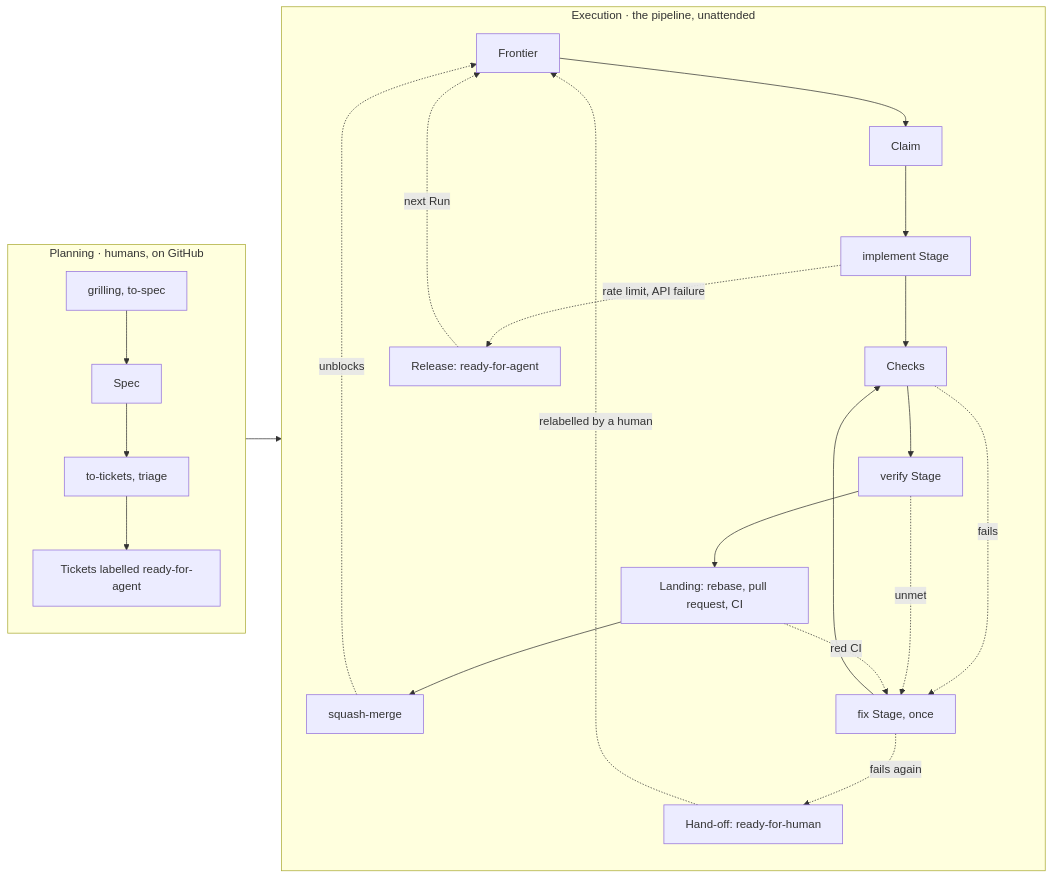
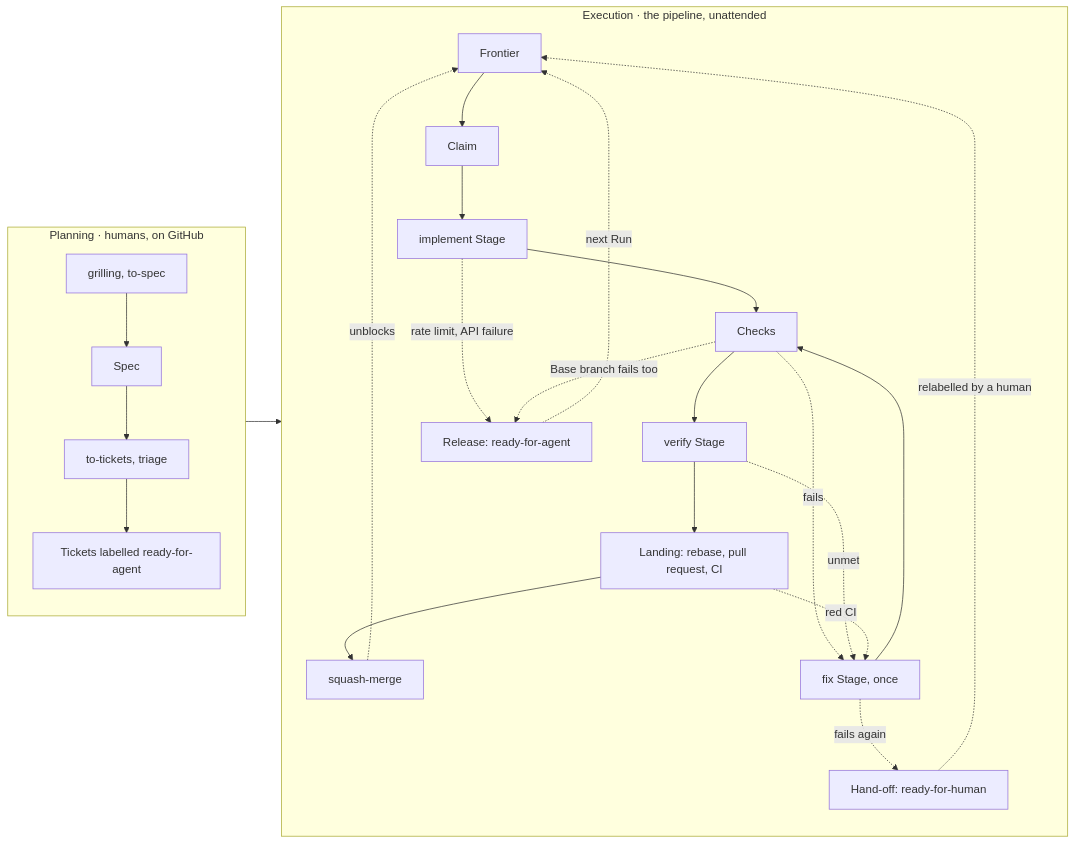
The diagram in wiki/index.md (jjongs2/ticket-runner), drawn with Mermaid before and after one commit. The commit also changed other lines of this file and 37 other files, not shown here.

First line of the commit message:
feat(orchestrator): release a Ticket whose failing Check the Base branch fails too (#235)

````diff
--- a/wiki/index.md
+++ b/wiki/index.md
@@ -50,28 +50,29 @@
 ```mermaid
 flowchart LR
   subgraph Planning["Planning · humans, on GitHub"]
     direction TB
     G["grilling, to-spec"] --> S[Spec]
     S --> T["to-tickets, triage"]
     T --> R["Tickets labelled ready-for-agent"]
   end
   subgraph Execution["Execution · the pipeline, unattended"]
     direction TB
     F[Frontier] --> C[Claim]
     C --> I[implement Stage]
     I --> K[Checks]
     K --> V[verify Stage]
     V --> L["Landing: rebase, pull request, CI"]
     L --> M[squash-merge]
     K -. fails .-> X[fix Stage, once]
     V -. unmet .-> X
     L -. red CI .-> X
     X --> K
     X -. fails again .-> H["Hand-off: ready-for-human"]
     I -. rate limit, API failure .-> RL["Release: ready-for-agent"]
+    K -. Base branch fails too .-> RL
   end
   R --> F
   M -. unblocks .-> F
   H -. relabelled by a human .-> F
   RL -. next Run .-> F
 ```
````
